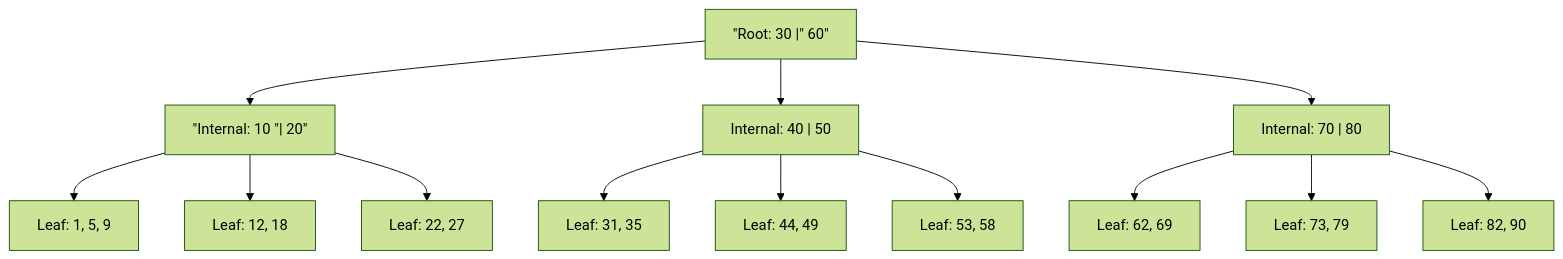
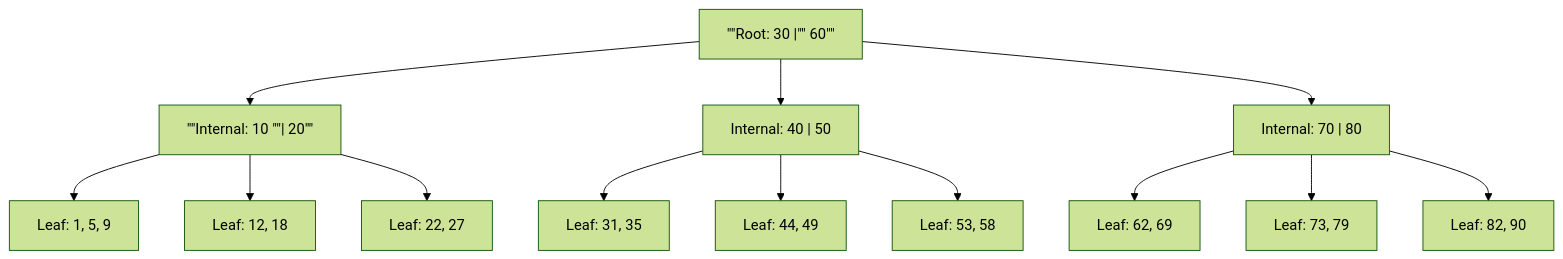
The diagram in docs/cs/databases/indexing-bplus-hash-bitmap.md (justinbrianhwang/SJ-wiki), drawn with Mermaid (forest theme) before and after one commit. The commit also changed 36 other files, not shown here.

Commit message:
Fix Mermaid label sanitizer to escape internal quotes (#quot;) instead of leaving broken nested quotes

````diff
--- a/docs/cs/databases/indexing-bplus-hash-bitmap.md
+++ b/docs/cs/databases/indexing-bplus-hash-bitmap.md
@@ -52,15 +52,15 @@
 ```mermaid
 flowchart TD
-  R["#quot;Root: 30 |#quot; 60#quot;"] --> A["#quot;Internal: 10 #quot;| 20#quot;"]
+  R["#quot;#quot;Root: 30 |#quot;#quot; 60#quot;#quot;"] --> A["#quot;#quot;Internal: 10 #quot;#quot;| 20#quot;#quot;"]
   R --> B["Internal: 40 | 50"]
   R --> C["Internal: 70 | 80"]
   A --> L1["Leaf: 1, 5, 9"]
   A --> L2["Leaf: 12, 18"]
   A --> L3["Leaf: 22, 27"]
   B --> L4["Leaf: 31, 35"]
   B --> L5["Leaf: 44, 49"]
   B --> L6["Leaf: 53, 58"]
   C --> L7["Leaf: 62, 69"]
   C --> L8["Leaf: 73, 79"]
   C --> L9["Leaf: 82, 90"]
 ```
````
